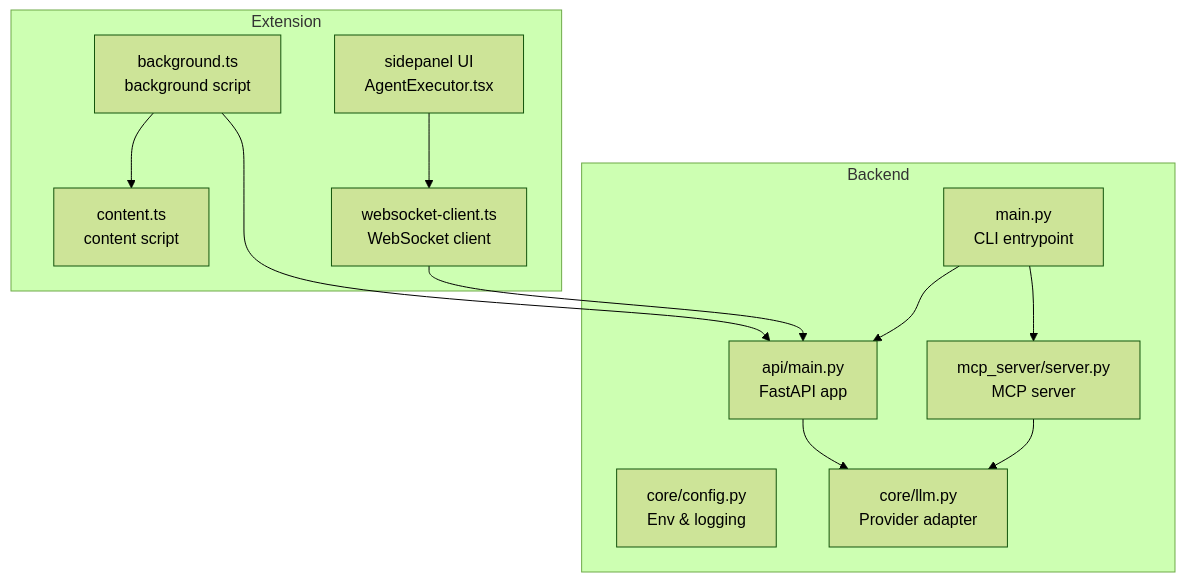
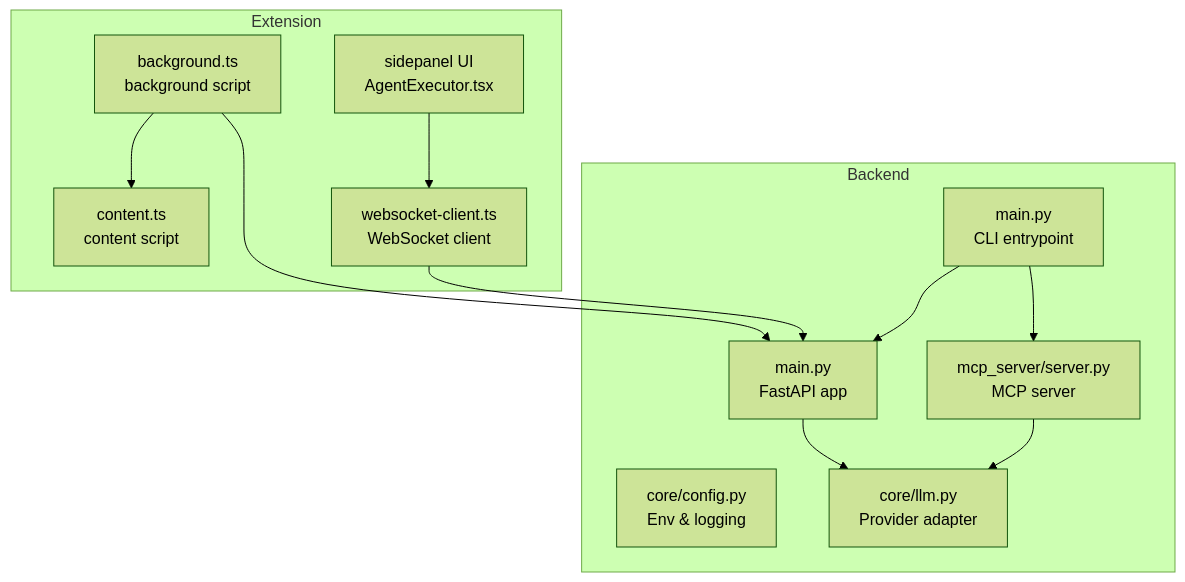
One commit to tashifkhan/tashif.codes changed the first of 3 diagrams in src/data/docs/agentic-browser/Troubleshooting and FAQ.md. Above: the diagram before and after it, drawn with Mermaid (forest theme). The commit also changed other lines of this file and 2128 other files, not shown here.

First line of the commit message:
docs: replace raster diagram images with native Mermaid across project guides

````diff
--- a/src/data/docs/agentic-browser/Troubleshooting and FAQ.md
+++ b/src/data/docs/agentic-browser/Troubleshooting and FAQ.md
@@ -14,24 +14,24 @@
 ```mermaid
 graph TB
 subgraph "Backend"
 M["main.py<br/>CLI entrypoint"]
-API["api/main.py<br/>FastAPI app"]
+API["main.py<br/>FastAPI app"]
 MCP["mcp_server/server.py<br/>MCP server"]
 CFG["core/config.py<br/>Env & logging"]
 LLM["core/llm.py<br/>Provider adapter"]
 end
 subgraph "Extension"
 BG["background.ts<br/>background script"]
 CT["content.ts<br/>content script"]
 WS["websocket-client.ts<br/>WebSocket client"]
 UI["sidepanel UI<br/>AgentExecutor.tsx"]
 end
 M --> API
 M --> MCP
 API --> LLM
 MCP --> LLM
 BG --> CT
 UI --> WS
 WS --> API
 BG --> API
 ```
````
